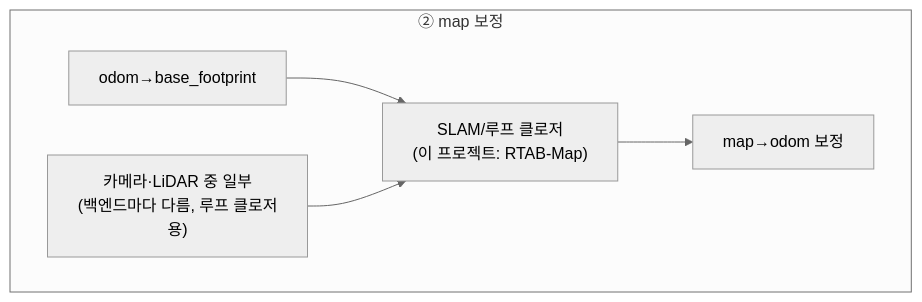
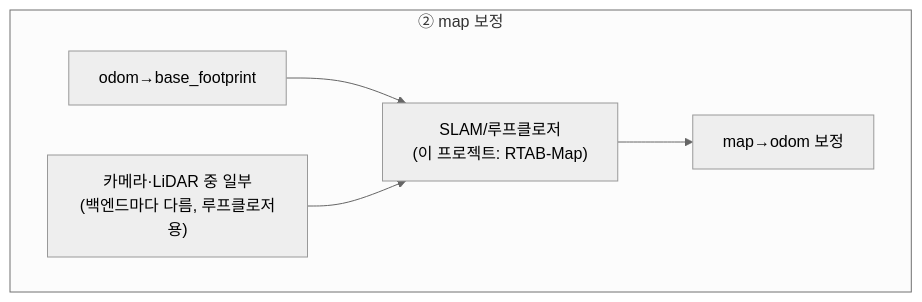
One commit to codebaragi23/ROS2-doc changed the fourth of 8 diagrams in 5_드론 적용/00_지상로봇과_드론은_무엇이_다른가.md. Above: the diagram before and after it, drawn with Mermaid (neutral theme). The commit also changed other lines of this file and 18 other files, not shown here.

````diff
--- a/5_드론 적용/00_지상로봇과_드론은_무엇이_다른가.md
+++ b/5_드론 적용/00_지상로봇과_드론은_무엇이_다른가.md
@@ -102,10 +102,10 @@
 ```mermaid
 flowchart TB
     subgraph GND2["② map 보정"]
-        GODOM2[odom→base_footprint] --> GSLAM["SLAM/루프 클로저
+        GODOM2[odom→base_footprint] --> GSLAM["SLAM/루프클로저
 (이 프로젝트: RTAB-Map)"]
         GS["카메라·LiDAR 중 일부
-(백엔드마다 다름, 루프 클로저용)"] --> GSLAM
+(백엔드마다 다름, 루프클로저용)"] --> GSLAM
         GSLAM --> GMAPODOM[map→odom 보정]
     end
 ```
````
